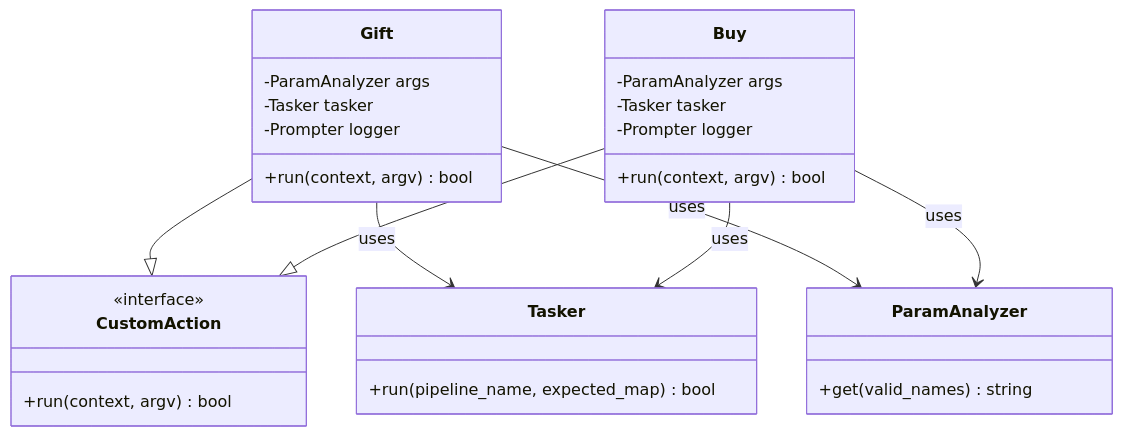
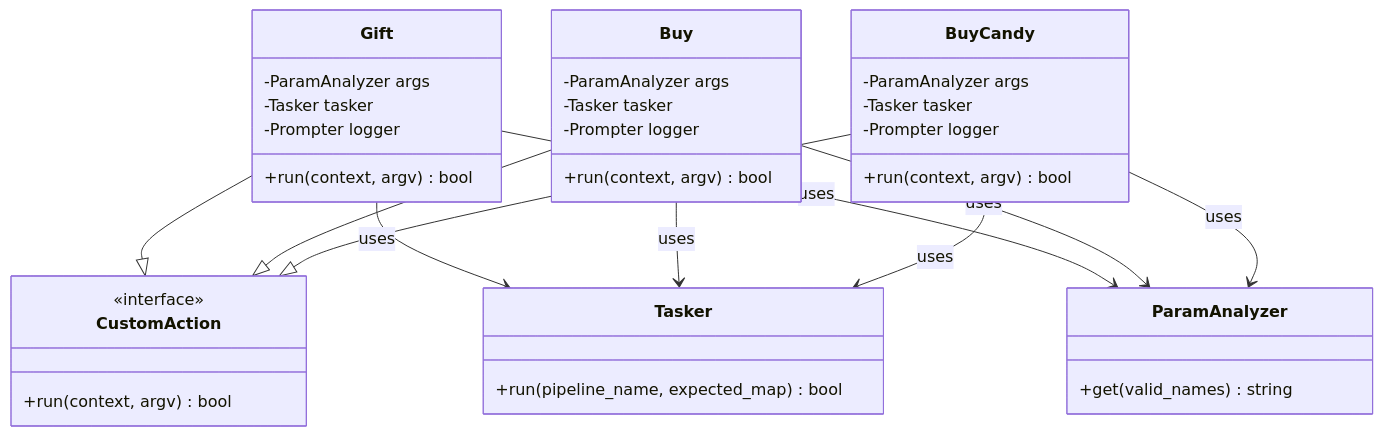
Before and after one commit to kqcoxn/MaaDuDuL: the third of 9 diagrams in .qoder/repowiki/zh/content/Daily Purchase Functionality.md, drawn with Mermaid. The commit also changed other lines of this file and 9 other files, not shown here.

````diff
--- a/.qoder/repowiki/zh/content/Daily Purchase Functionality.md
+++ b/.qoder/repowiki/zh/content/Daily Purchase Functionality.md
@@ -111,31 +144,40 @@
 ```mermaid
 classDiagram
 class Gift {
 +run(context, argv) bool
 -ParamAnalyzer args
 -Tasker tasker
 -Prompter logger
 }
 class Buy {
++run(context, argv) bool
+-ParamAnalyzer args
+-Tasker tasker
+-Prompter logger
+}
+class BuyCandy {
 +run(context, argv) bool
 -ParamAnalyzer args
 -Tasker tasker
 -Prompter logger
 }
 class CustomAction {
 <<interface>>
 +run(context, argv) bool
 }
 class Tasker {
 +run(pipeline_name, expected_map) bool
 }
 class ParamAnalyzer {
 +get(valid_names) string
 }
 Gift --|> CustomAction
 Buy --|> CustomAction
+BuyCandy --|> CustomAction
 Gift --> Tasker : uses
 Buy --> Tasker : uses
+BuyCandy --> Tasker : uses
 Gift --> ParamAnalyzer : uses
 Buy --> ParamAnalyzer : uses
+BuyCandy --> ParamAnalyzer : uses
 ```
````
